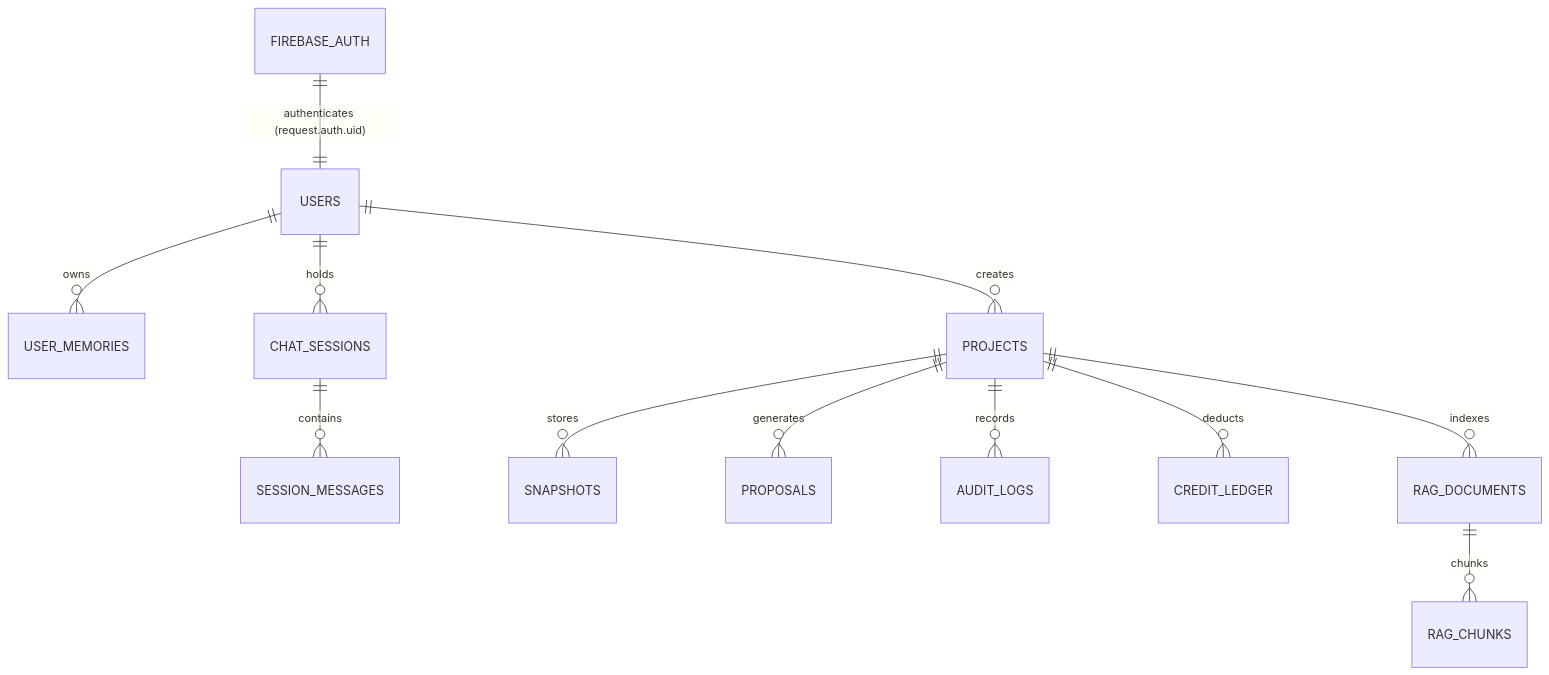
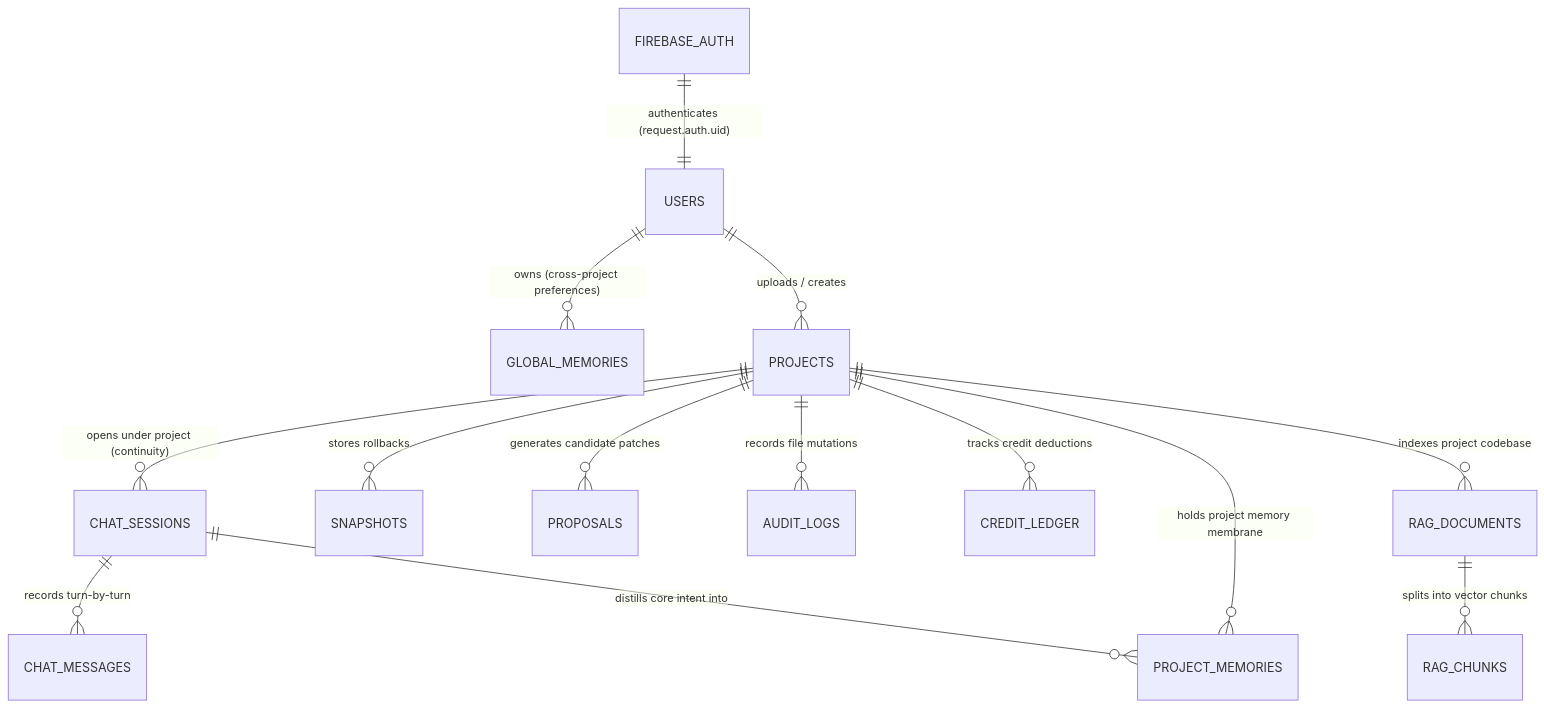
The first of 2 diagrams in FIREBASE.md (OmChavan-21/rewind), drawn with Mermaid before and after one commit. The commit also changed other lines of this file and 1 other file, not shown here.

Commit message:
docs: restructure chat sessions under projects and introduce selective memory membrane extraction

````diff
--- a/FIREBASE.md
+++ b/FIREBASE.md
@@ -11,14 +16,16 @@
 ```mermaid
 erDiagram
     FIREBASE_AUTH ||--|| USERS : "authenticates (request.auth.uid)"
-    USERS ||--o{ USER_MEMORIES : "owns"
-    USERS ||--o{ CHAT_SESSIONS : "holds"
-    CHAT_SESSIONS ||--o{ SESSION_MESSAGES : "contains"
-    USERS ||--o{ PROJECTS : "creates"
-    PROJECTS ||--o{ SNAPSHOTS : "stores"
-    PROJECTS ||--o{ PROPOSALS : "generates"
-    PROJECTS ||--o{ AUDIT_LOGS : "records"
-    PROJECTS ||--o{ CREDIT_LEDGER : "deducts"
-    PROJECTS ||--o{ RAG_DOCUMENTS : "indexes"
-    RAG_DOCUMENTS ||--o{ RAG_CHUNKS : "chunks"
+    USERS ||--o{ GLOBAL_MEMORIES : "owns (cross-project preferences)"
+    USERS ||--o{ PROJECTS : "uploads / creates"
+    PROJECTS ||--o{ CHAT_SESSIONS : "opens under project (continuity)"
+    CHAT_SESSIONS ||--o{ CHAT_MESSAGES : "records turn-by-turn"
+    CHAT_SESSIONS ||--o{ PROJECT_MEMORIES : "distills core intent into"
+    PROJECTS ||--o{ PROJECT_MEMORIES : "holds project memory membrane"
+    PROJECTS ||--o{ SNAPSHOTS : "stores rollbacks"
+    PROJECTS ||--o{ PROPOSALS : "generates candidate patches"
+    PROJECTS ||--o{ AUDIT_LOGS : "records file mutations"
+    PROJECTS ||--o{ CREDIT_LEDGER : "tracks credit deductions"
+    PROJECTS ||--o{ RAG_DOCUMENTS : "indexes project codebase"
+    RAG_DOCUMENTS ||--o{ RAG_CHUNKS : "splits into vector chunks"
 ```
````
